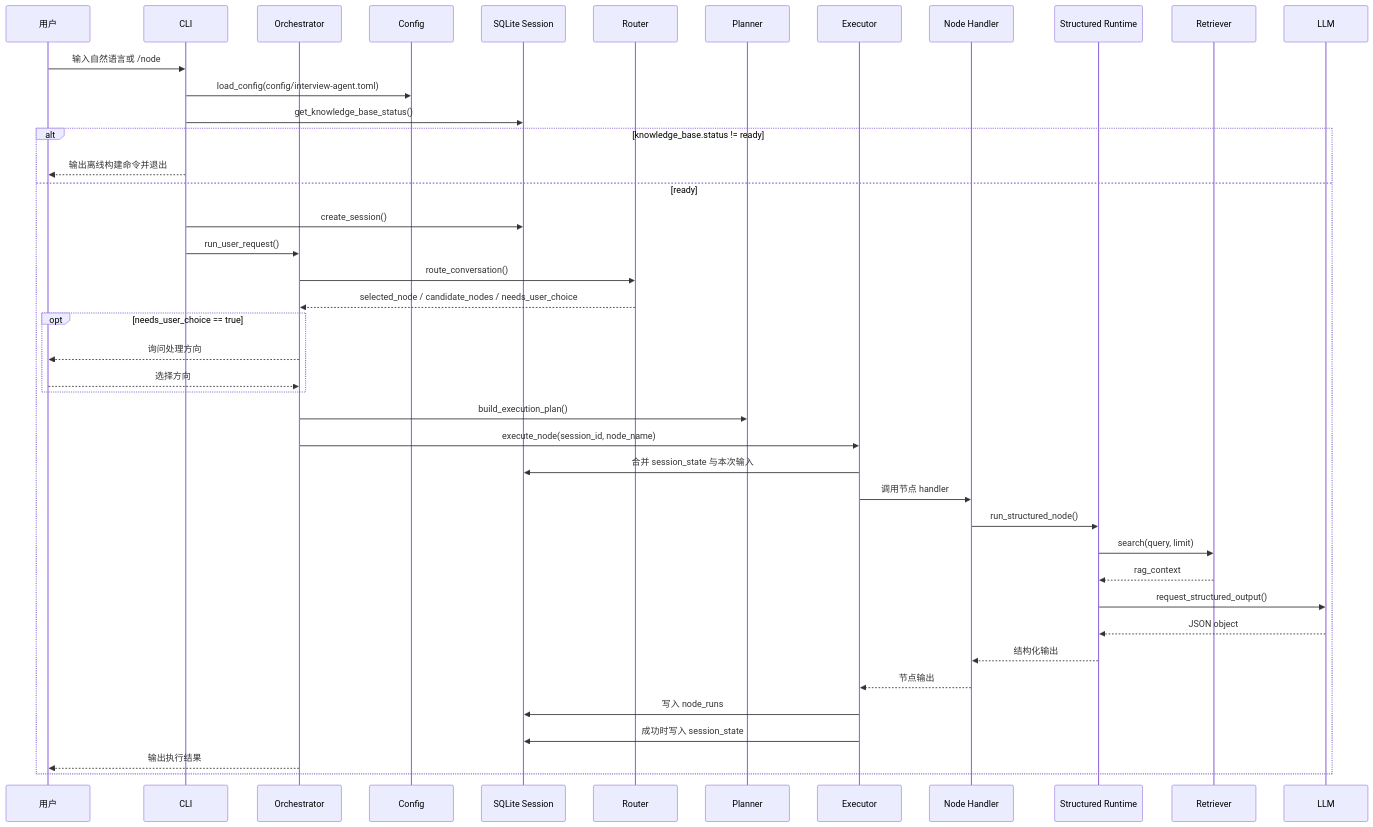
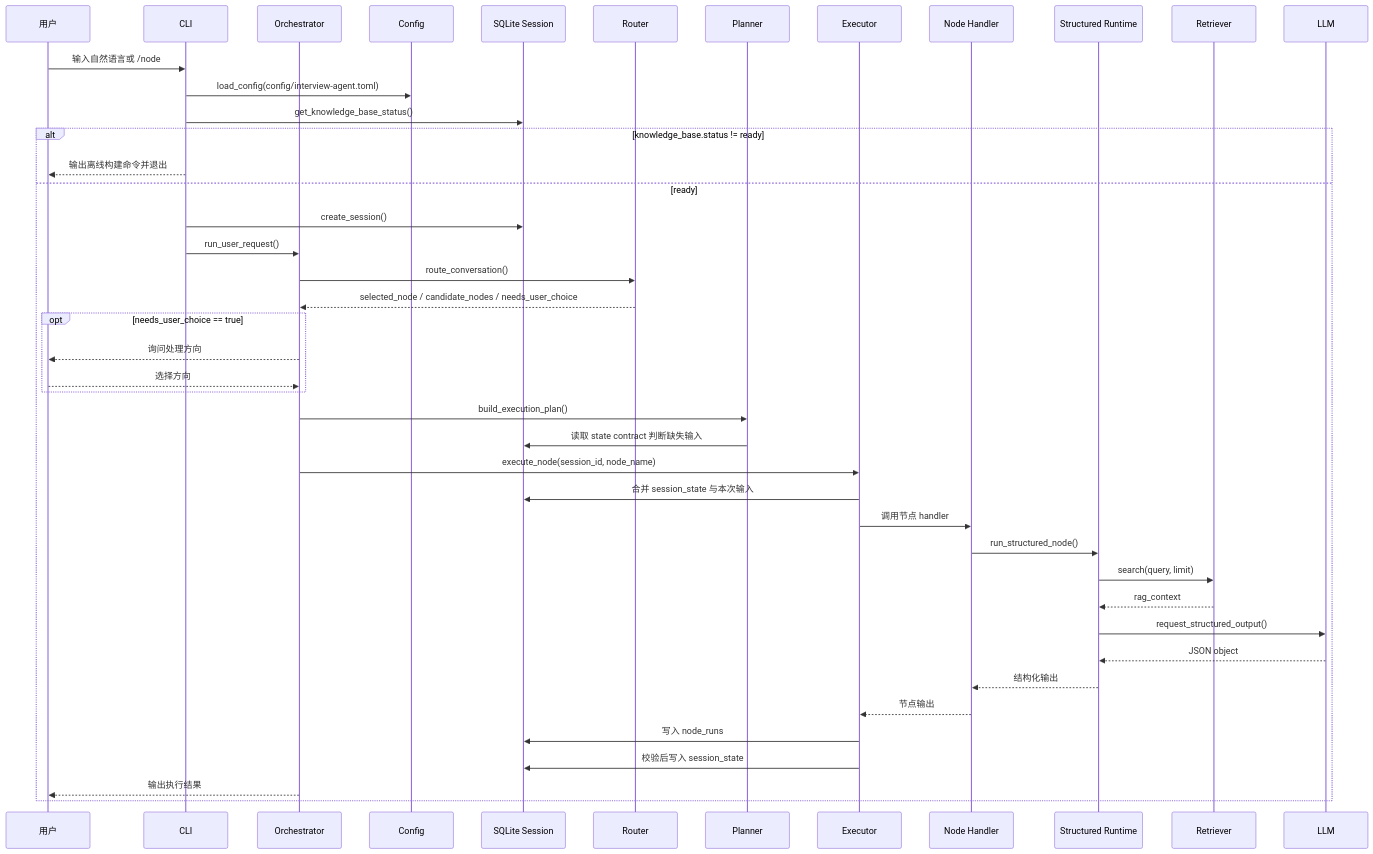
Before and after one commit to kaomianjin2/resume-agent: the second of 4 diagrams in docs/architecture.md, drawn with Mermaid. The commit also changed other lines of this file and 3 other files, not shown here.

````diff
--- a/docs/architecture.md
+++ b/docs/architecture.md
@@ -58,45 +63,46 @@
 ```mermaid
 sequenceDiagram
     participant U as 用户
     participant CLI as CLI
     participant O as Orchestrator
     participant C as Config
     participant S as SQLite Session
     participant R as Router
     participant P as Planner
     participant E as Executor
     participant N as Node Handler
     participant A as Structured Runtime
     participant K as Retriever
     participant L as LLM
 
     U->>CLI: 输入自然语言或 /node
     CLI->>C: load_config(config/interview-agent.toml)
     CLI->>S: get_knowledge_base_status()
     alt knowledge_base.status != ready
         CLI-->>U: 输出离线构建命令并退出
     else ready
         CLI->>S: create_session()
         CLI->>O: run_user_request()
         O->>R: route_conversation()
         R-->>O: selected_node / candidate_nodes / needs_user_choice
         opt needs_user_choice == true
             O-->>U: 询问处理方向
             U-->>O: 选择方向
         end
         O->>P: build_execution_plan()
+        P->>S: 读取 state contract 判断缺失输入
         O->>E: execute_node(session_id, node_name)
         E->>S: 合并 session_state 与本次输入
         E->>N: 调用节点 handler
         N->>A: run_structured_node()
         A->>K: search(query, limit)
         K-->>A: rag_context
         A->>L: request_structured_output()
         L-->>A: JSON object
         A-->>N: 结构化输出
         N-->>E: 节点输出
         E->>S: 写入 node_runs
-        E->>S: 成功时写入 session_state
+        E->>S: 校验后写入 session_state
         O-->>U: 输出执行结果
     end
 ```
````
